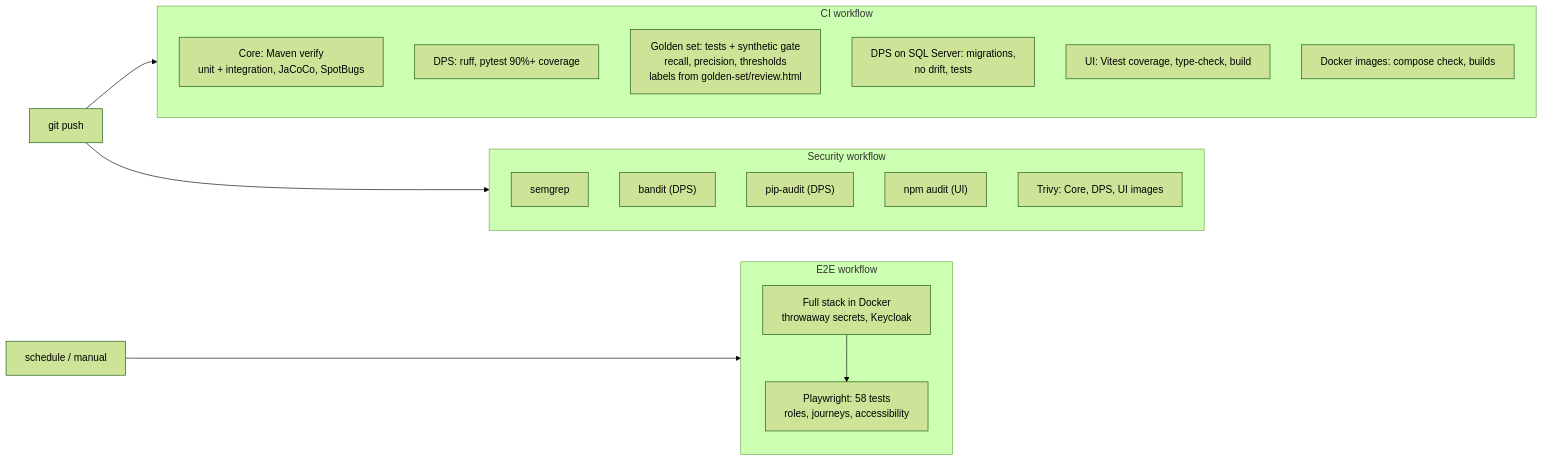
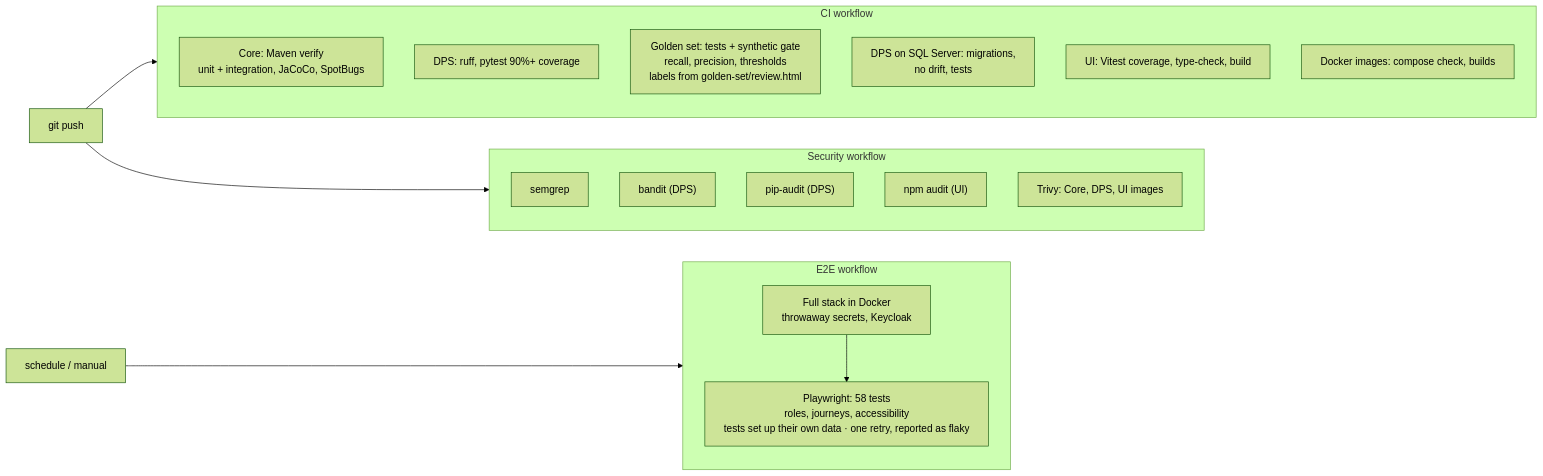
One commit to Vishwas2311/loan-covenant-platform changed the tenth of 10 diagrams in docs/architecture/covenant-platform.md. Above: the diagram before and after it, drawn with Mermaid (forest theme). The commit also changed other lines of this file and 17 other files, not shown here.

````diff
--- a/docs/architecture/covenant-platform.md
+++ b/docs/architecture/covenant-platform.md
@@ -609,26 +609,26 @@
 ```mermaid
 %%{init: {"flowchart": {"wrappingWidth": 420}}}%%
 flowchart LR
     push["git push"] --> ci & secw
     nightly["schedule / manual"] --> e2e
     subgraph ci["CI workflow"]
         b1["Core: Maven verify<br/>unit + integration, JaCoCo, SpotBugs"]
         b2["DPS: ruff, pytest 90%+ coverage"]
         b3["Golden set: tests + synthetic gate<br/>recall, precision, thresholds<br/>labels from golden-set/review.html"]
         b5["DPS on SQL Server: migrations,<br/>no drift, tests"]
         b4["UI: Vitest coverage, type-check, build"]
         b6["Docker images: compose check, builds"]
     end
     subgraph secw["Security workflow"]
         s1["semgrep"]
         s2["bandit (DPS)"]
         s3["pip-audit (DPS)"]
         s4["npm audit (UI)"]
         s5["Trivy: Core, DPS, UI images"]
     end
     subgraph e2e["E2E workflow"]
         e1["Full stack in Docker<br/>throwaway secrets, Keycloak"]
-        e2["Playwright: 58 tests<br/>roles, journeys, accessibility"]
+        e2["Playwright: 58 tests<br/>roles, journeys, accessibility<br/>tests set up their own data · one retry, reported as flaky"]
         e1 --> e2
     end
 ```
````
